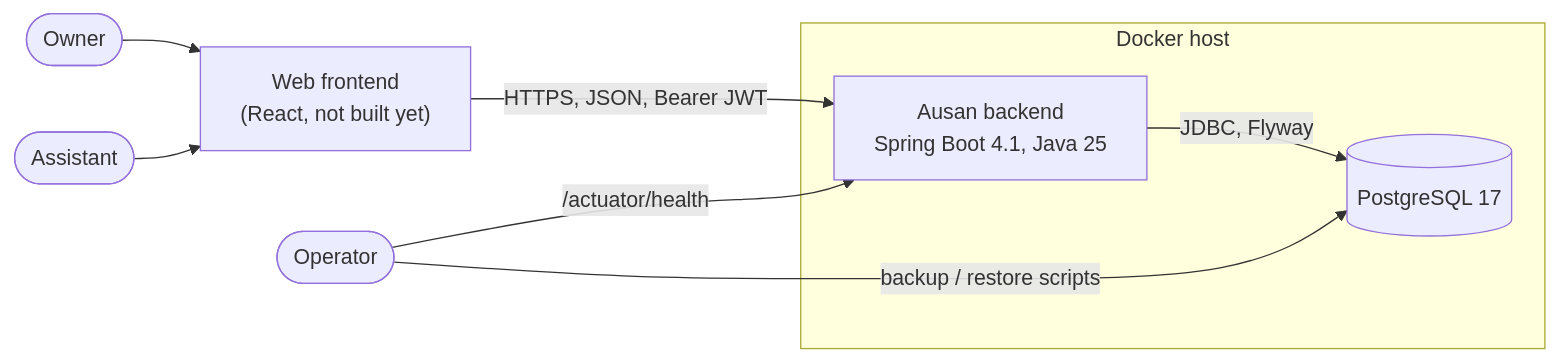
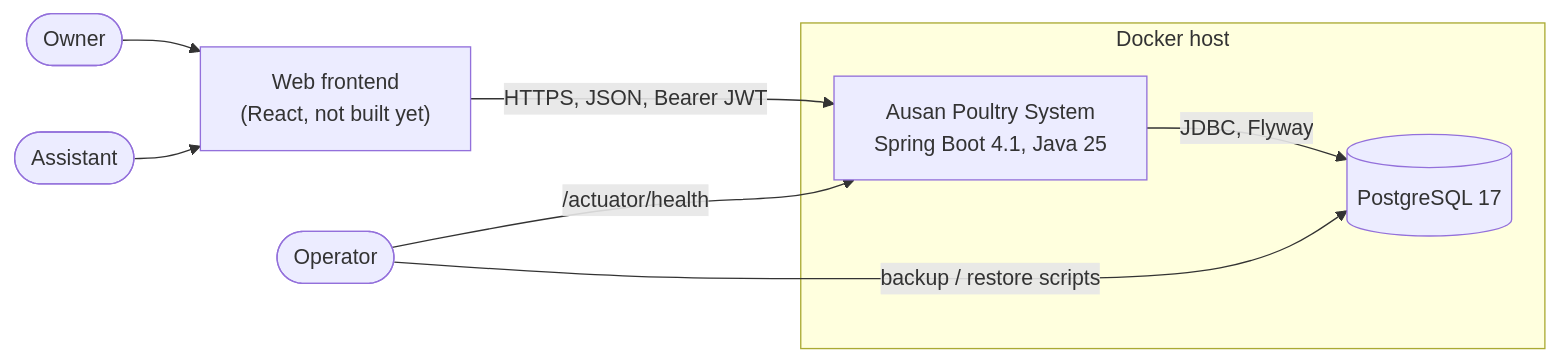
The first of 4 diagrams in docs/architecture/overview.md (kyledelfin2006/ausan-poultry-system), drawn with Mermaid before and after one commit. The commit also changed other lines of this file and 9 other files, not shown here.

Commit message:
Rename system to Ausan Poultry System across documentation and OpenAPI title

````diff
--- a/docs/architecture/overview.md
+++ b/docs/architecture/overview.md
@@ -10,11 +10,11 @@
 ```mermaid
 flowchart LR
     owner([Owner]) --> ui
     assistant([Assistant]) --> ui
     ui["Web frontend<br/>(React, not built yet)"] -- "HTTPS, JSON, Bearer JWT" --> app
     subgraph host["Docker host"]
-        app["Ausan backend<br/>Spring Boot 4.1, Java 25"] -- "JDBC, Flyway" --> db[("PostgreSQL 17")]
+        app["Ausan Poultry System<br/>Spring Boot 4.1, Java 25"] -- "JDBC, Flyway" --> db[("PostgreSQL 17")]
     end
     ops([Operator]) -- "backup / restore scripts" --> db
     ops -- "/actuator/health" --> app
 ```
````
